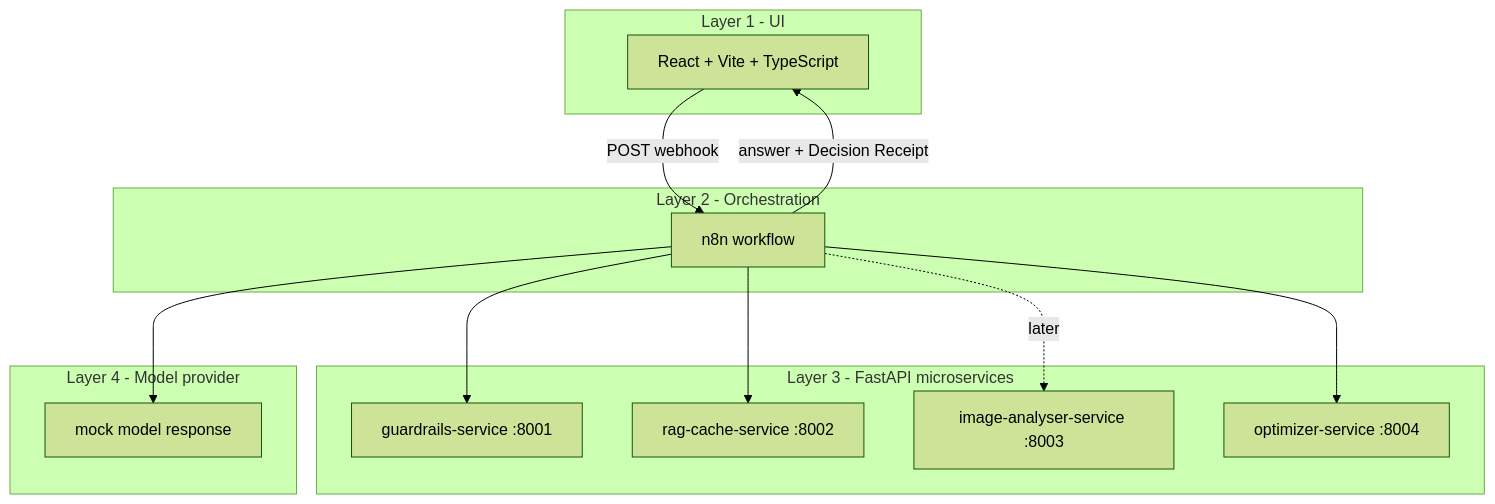
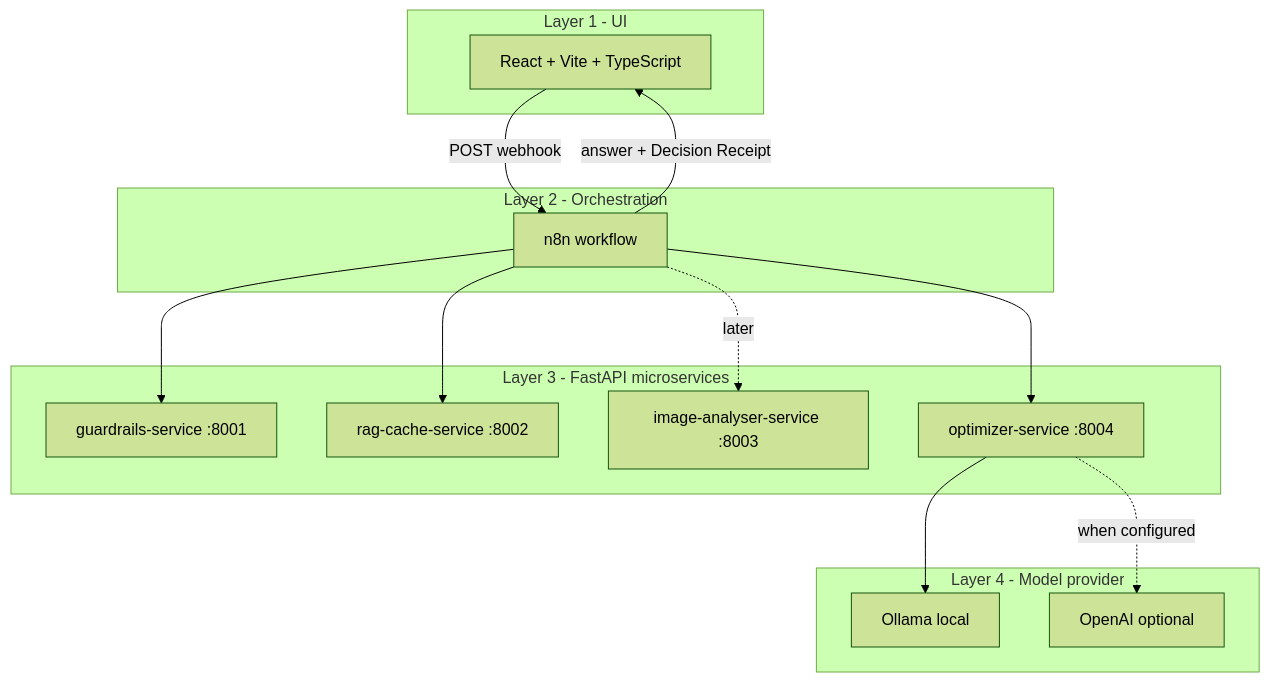
Before and after one commit to tomeryoel/tokenwise: the diagram in README.md, drawn with Mermaid (forest theme). The commit also changed other lines of this file and 3 other files, not shown here.

````diff
--- a/README.md
+++ b/README.md
@@ -17,26 +18,28 @@
 ```mermaid
 flowchart TB
     subgraph L1 [Layer 1 - UI]
         UI["React + Vite + TypeScript"]
     end
     subgraph L2 [Layer 2 - Orchestration]
         N8N["n8n workflow"]
     end
     subgraph L3 [Layer 3 - FastAPI microservices]
         GR["guardrails-service :8001"]
         RAG["rag-cache-service :8002"]
         IMG["image-analyser-service :8003"]
         OPT["optimizer-service :8004"]
     end
     subgraph L4 [Layer 4 - Model provider]
-        MOCK["mock model response"]
+        OLLAMA["Ollama local"]
+        OPENAI["OpenAI optional"]
     end
 
     UI -->|POST webhook| N8N
     N8N --> GR
     N8N --> RAG
     N8N --> OPT
     N8N -. later .-> IMG
-    N8N --> MOCK
+    OPT --> OLLAMA
+    OPT -. when configured .-> OPENAI
     N8N -->|answer + Decision Receipt| UI
 ```
````
